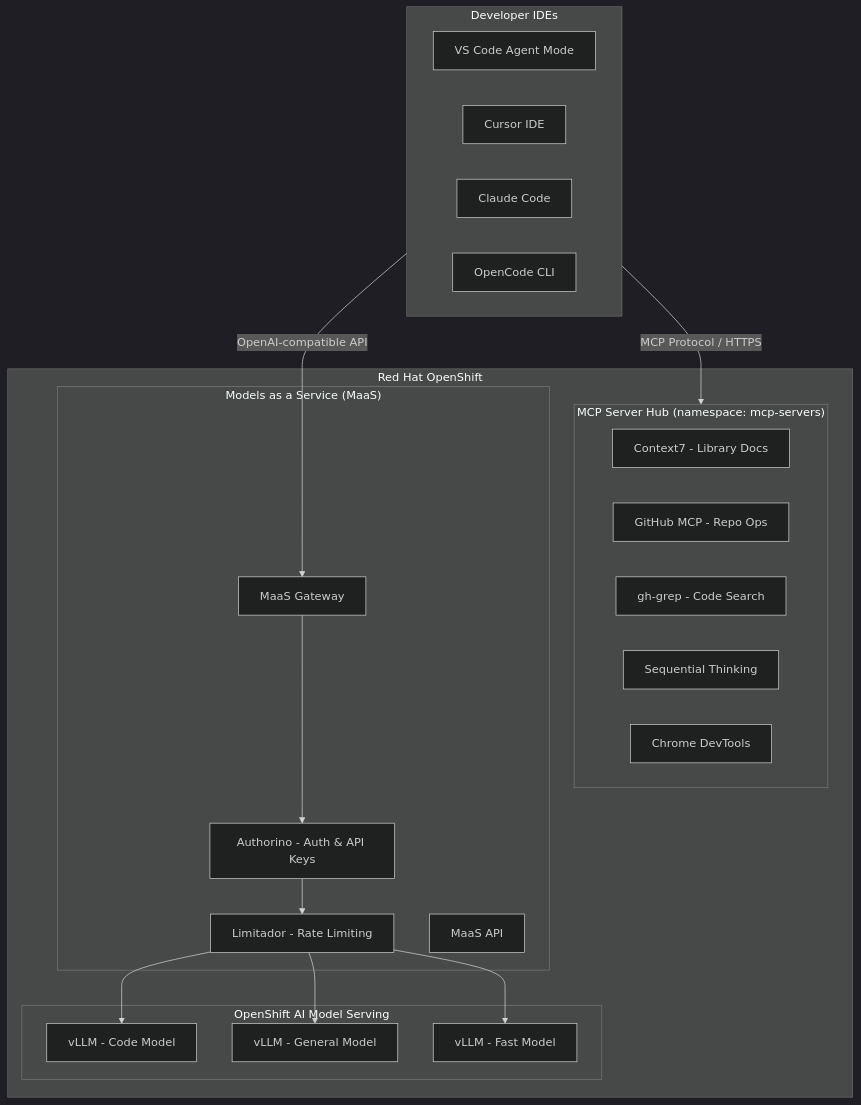
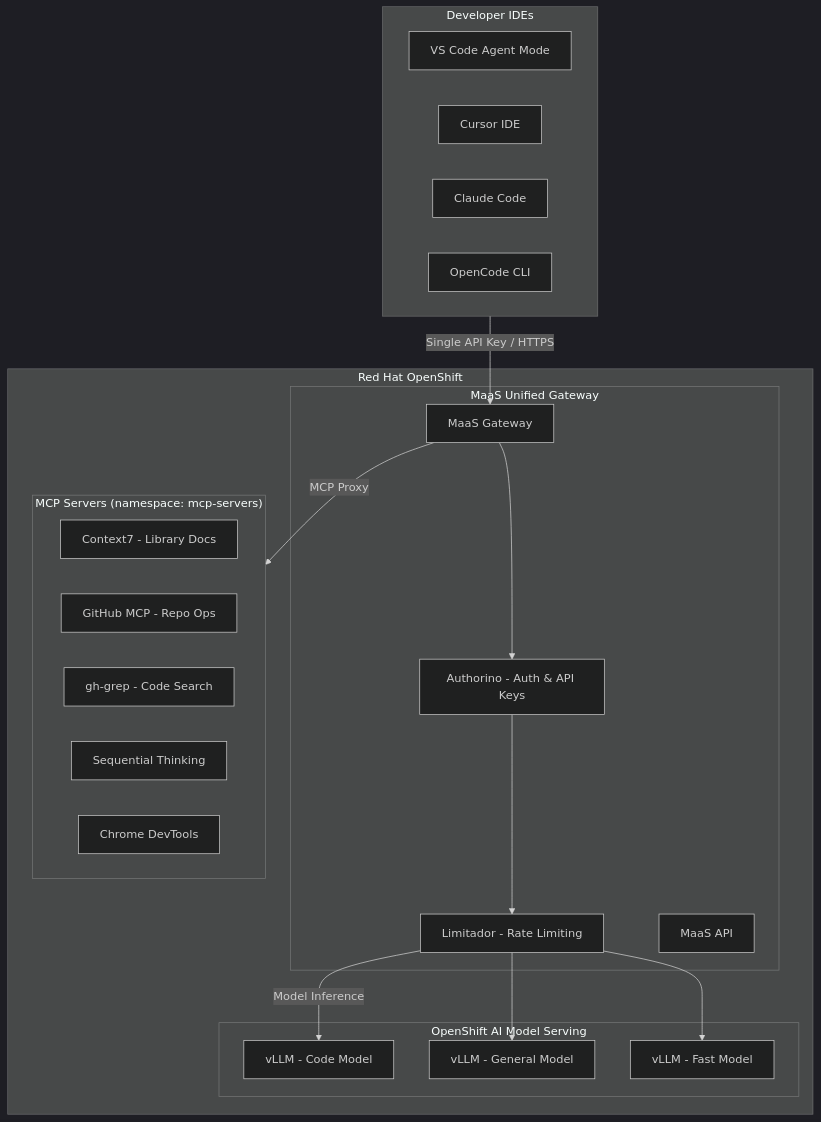
One commit to hyogrin/rhoai-coding-assistant-lab changed the first of 3 diagrams in README.md. Above: the diagram before and after it, drawn with Mermaid (dark theme). The commit also changed other lines of this file and 10 other files, not shown here.

````diff
--- a/README.md
+++ b/README.md
@@ -7,40 +7,40 @@
 ```mermaid
 flowchart TB
     subgraph IDE["Developer IDEs"]
         VSCode[VS Code Agent Mode]
         Cursor[Cursor IDE]
         ClaudeCode[Claude Code]
         OpenCode[OpenCode CLI]
     end
 
     subgraph OCP["Red Hat OpenShift"]
-        subgraph MCP["MCP Server Hub (namespace: mcp-servers)"]
+        subgraph MaaS["MaaS Unified Gateway"]
+            Gateway[MaaS Gateway]
+            Auth[Authorino - Auth & API Keys]
+            RateLimit[Limitador - Rate Limiting]
+            MaaSAPI[MaaS API]
+        end
+
+        subgraph MCP["MCP Servers (namespace: mcp-servers)"]
             Context7[Context7 - Library Docs]
             GitHub[GitHub MCP - Repo Ops]
             GHGrep[gh-grep - Code Search]
             SeqThink[Sequential Thinking]
             Chrome[Chrome DevTools]
-        end
-
-        subgraph MaaS["Models as a Service (MaaS)"]
-            Gateway[MaaS Gateway]
-            Auth[Authorino - Auth & API Keys]
-            RateLimit[Limitador - Rate Limiting]
-            MaaSAPI[MaaS API]
         end
 
         subgraph RHOAI["OpenShift AI Model Serving"]
             vLLM1[vLLM - Code Model]
             vLLM2[vLLM - General Model]
             vLLM3[vLLM - Fast Model]
         end
     end
 
-    IDE -->|MCP Protocol / HTTPS| MCP
-    IDE -->|OpenAI-compatible API| Gateway
+    IDE -->|Single API Key / HTTPS| Gateway
     Gateway --> Auth
     Auth --> RateLimit
-    RateLimit --> vLLM1
+    RateLimit -->|Model Inference| vLLM1
     RateLimit --> vLLM2
     RateLimit --> vLLM3
+    Gateway -->|MCP Proxy| MCP
 ```
````
